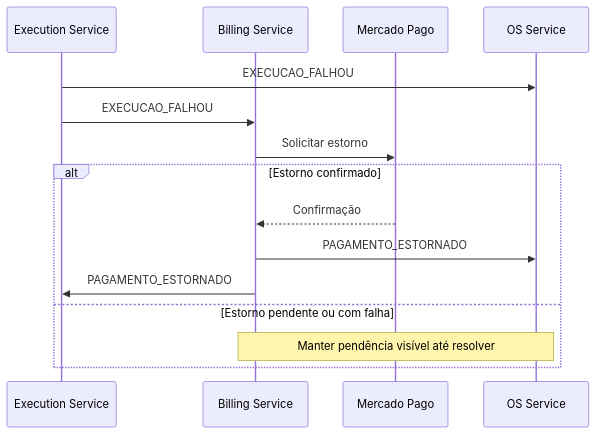
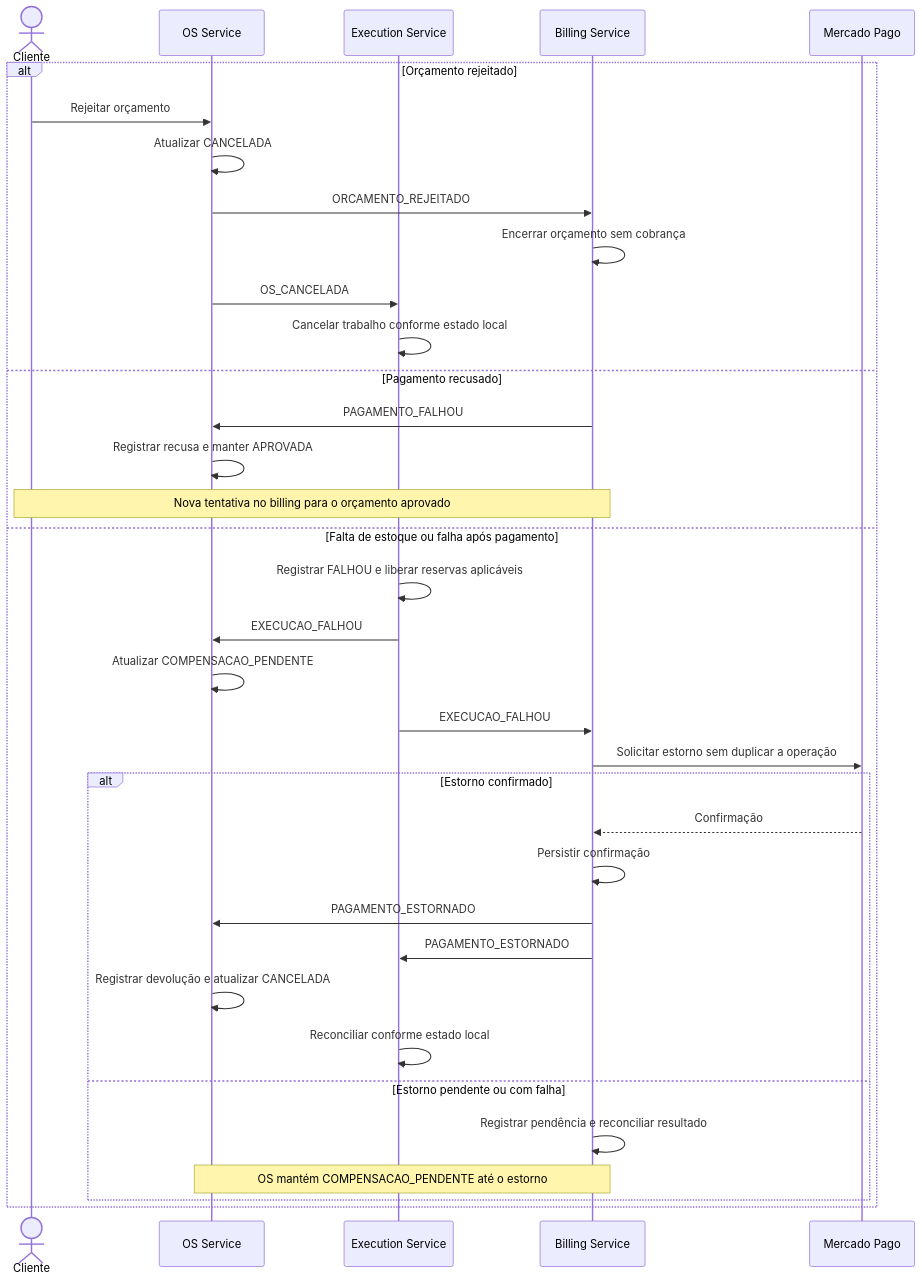
Before and after one commit to rafaelllsilva/fiap-fase3-infraestrutura: the second of 2 diagrams in docs/fase4/saga.md, drawn with Mermaid. The commit also changed other lines of this file and 4 other files, not shown here.

````diff
--- a/docs/fase4/saga.md
+++ b/docs/fase4/saga.md
@@ -54,17 +72,37 @@
 ```mermaid
 sequenceDiagram
+    actor C as Cliente
+    participant OS as OS Service
     participant E as Execution Service
     participant B as Billing Service
     participant MP as Mercado Pago
-    participant OS as OS Service
-    E->>OS: EXECUCAO_FALHOU
-    E->>B: EXECUCAO_FALHOU
-    B->>MP: Solicitar estorno
-    alt Estorno confirmado
-        MP-->>B: Confirmação
-        B->>OS: PAGAMENTO_ESTORNADO
-        B->>E: PAGAMENTO_ESTORNADO
-    else Estorno pendente ou com falha
-        Note over B,OS: Manter pendência visível até resolver
+    alt Orçamento rejeitado
+        C->>OS: Rejeitar orçamento
+        OS->>OS: Atualizar CANCELADA
+        OS->>B: ORCAMENTO_REJEITADO
+        B->>B: Encerrar orçamento sem cobrança
+        OS->>E: OS_CANCELADA
+        E->>E: Cancelar trabalho conforme estado local
+    else Pagamento recusado
+        B->>OS: PAGAMENTO_FALHOU
+        OS->>OS: Registrar recusa e manter APROVADA
+        Note over C,B: Nova tentativa no billing para o orçamento aprovado
+    else Falta de estoque ou falha após pagamento
+        E->>E: Registrar FALHOU e liberar reservas aplicáveis
+        E->>OS: EXECUCAO_FALHOU
+        OS->>OS: Atualizar COMPENSACAO_PENDENTE
+        E->>B: EXECUCAO_FALHOU
+        B->>MP: Solicitar estorno sem duplicar a operação
+        alt Estorno confirmado
+            MP-->>B: Confirmação
+            B->>B: Persistir confirmação
+            B->>OS: PAGAMENTO_ESTORNADO
+            B->>E: PAGAMENTO_ESTORNADO
+            OS->>OS: Registrar devolução e atualizar CANCELADA
+            E->>E: Reconciliar conforme estado local
+        else Estorno pendente ou com falha
+            B->>B: Registrar pendência e reconciliar resultado
+            Note over OS,B: OS mantém COMPENSACAO_PENDENTE até o estorno
+        end
     end
 ```
````
